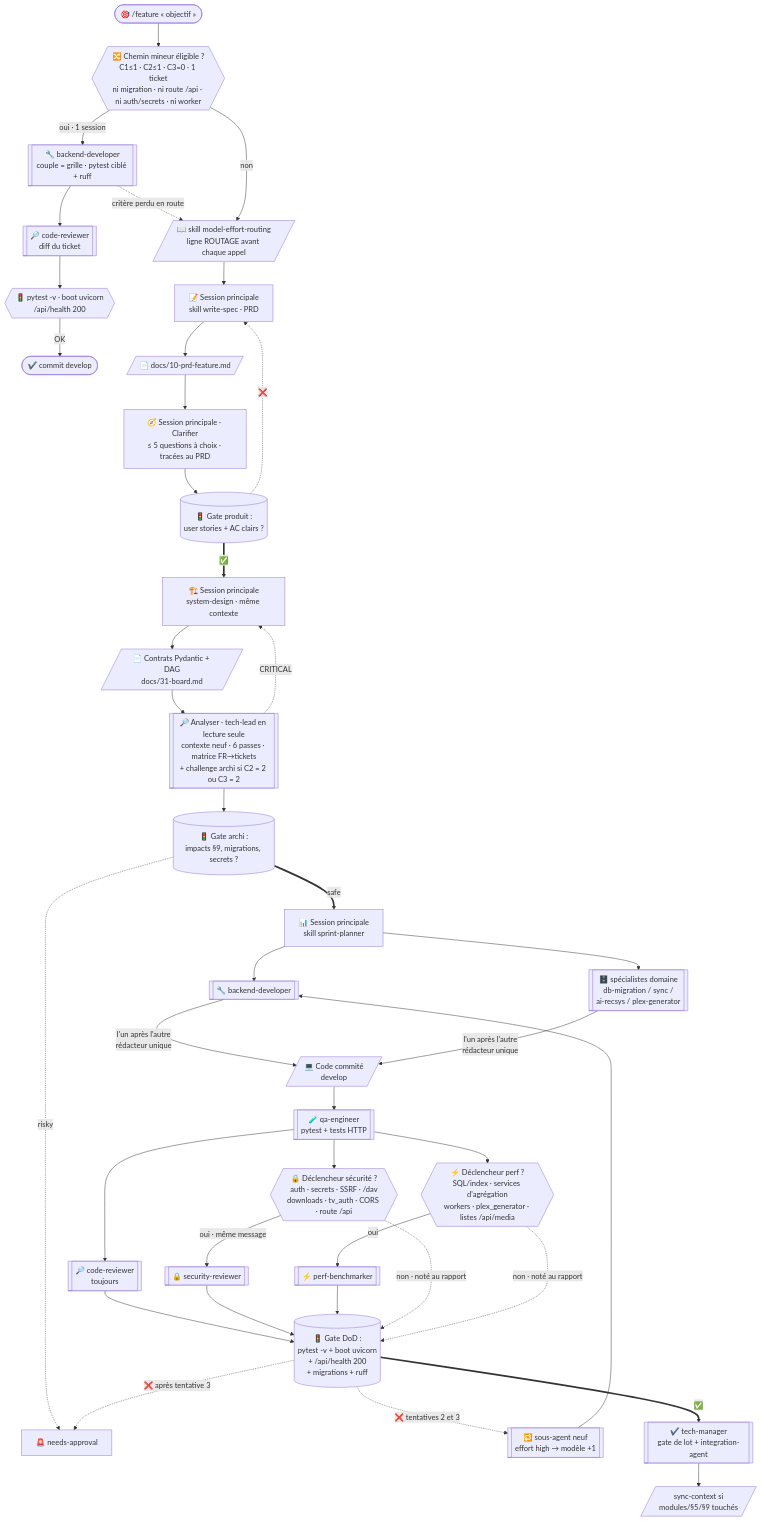
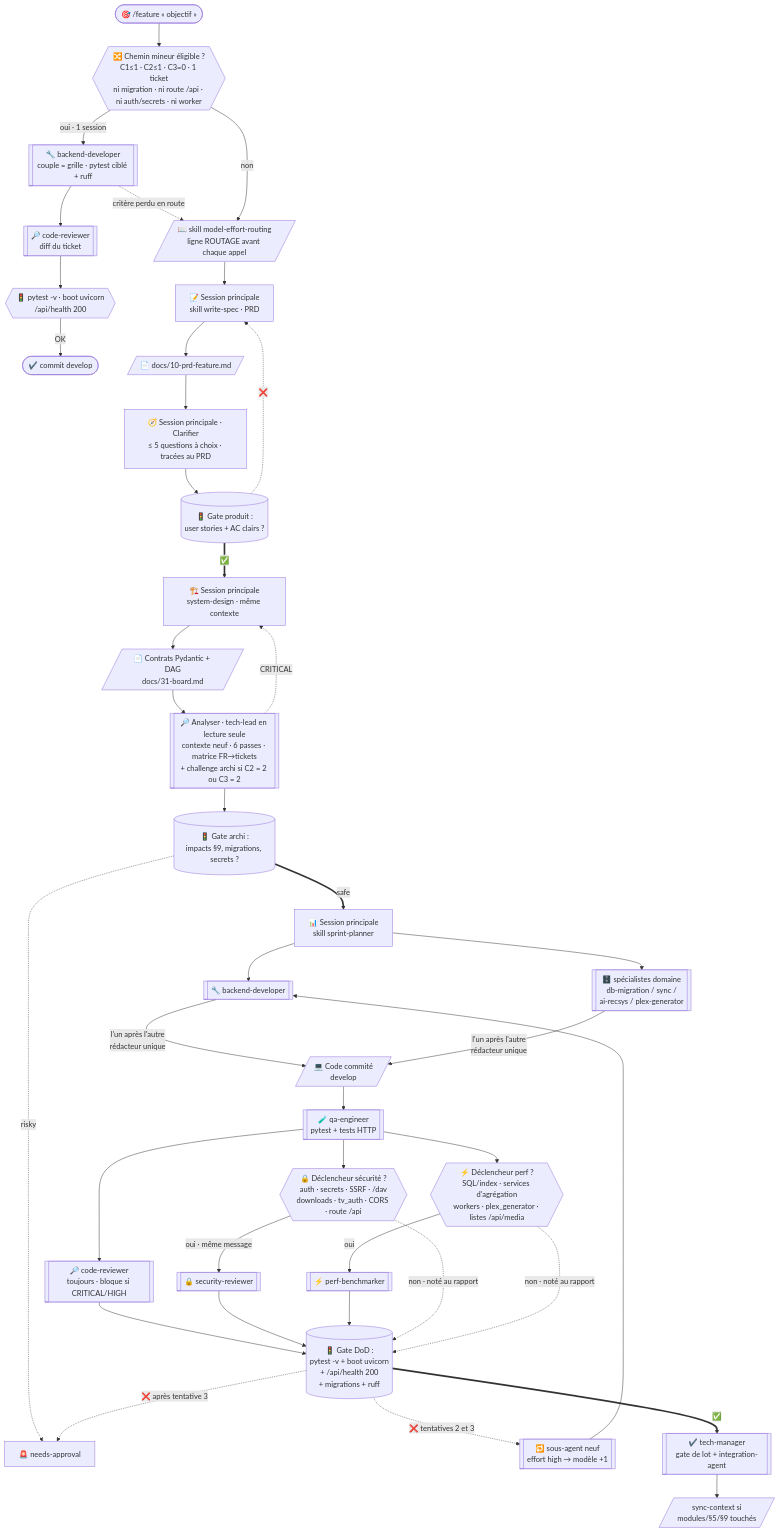
The sixth of 10 diagrams in .claude/WORKFLOWS-DIAGRAMS.md (ChakirHamzaChahid/Plexhub-Backend), drawn with Mermaid before and after one commit. The commit also changed other lines of this file, not shown here.

First line of the commit message:
docs(claude): diagrammes de workflow recalés sur les lots 1 à 5

````diff
--- a/.claude/WORKFLOWS-DIAGRAMS.md
+++ b/.claude/WORKFLOWS-DIAGRAMS.md
@@ -151,39 +156,39 @@
 ```mermaid
 flowchart TD
   T([🎯 /feature « objectif »]) --> TRI{{🔀 Chemin mineur éligible ?<br/>C1≤1 · C2≤1 · C3=0 · 1 ticket<br/>ni migration · ni route /api · ni auth/secrets · ni worker}}
   TRI -->|oui · 1 session| M1[[🔧 backend-developer<br/>couple = grille · pytest ciblé + ruff]]
   M1 --> M2[[🔎 code-reviewer<br/>diff du ticket]]
   M2 --> M3{{🚦 pytest -v · boot uvicorn<br/>/api/health 200}}
   M3 -->|OK| MC([✔️ commit develop])
   M1 -.->|critère perdu en route| SKILL
   TRI -->|non| SKILL[/📖 skill model-effort-routing<br/>ligne ROUTAGE avant chaque appel/]
   SKILL --> P1[📝 Session principale<br/>skill write-spec · PRD]
   P1 --> PRD[/📄 docs/10-prd-feature.md/]
   PRD --> CLR[🧭 Session principale · Clarifier<br/>≤ 5 questions à choix · tracées au PRD]
   CLR --> GATE1[(🚦 Gate produit :<br/>user stories + AC clairs ?)]
   GATE1 -.->|❌| P1
   GATE1 ==>|✅| P2[🏗️ Session principale<br/>system-design · même contexte]
   P2 --> ARCH[/📄 Contrats Pydantic + DAG<br/>docs/31-board.md/]
   ARCH --> ANA[[🔎 Analyser · tech-lead en lecture seule<br/>contexte neuf · 6 passes · matrice FR→tickets<br/>+ challenge archi si C2 = 2 ou C3 = 2]]
   ANA -.->|CRITICAL| P2
   ANA --> GATE2[(🚦 Gate archi :<br/>impacts §9, migrations, secrets ?)]
   GATE2 -.->|risky| HUM[🚨 needs-approval]
   GATE2 ==>|safe| PM[📊 Session principale<br/>skill sprint-planner]
   PM --> P3A[[🔧 backend-developer]]
   PM --> P3B[[🗄️ spécialistes domaine<br/>db-migration / sync /<br/>ai-recsys / plex-generator]]
   P3A & P3B -->|l'un après l'autre<br/>rédacteur unique| CODE[/💻 Code commité<br/>develop/]
   CODE --> P4[[🧪 qa-engineer<br/>pytest + tests HTTP]]
-  P4 --> P5A[[🔎 code-reviewer<br/>toujours]]
+  P4 --> P5A[[🔎 code-reviewer<br/>toujours · bloque si CRITICAL/HIGH]]
   P4 --> DSEC{{🔒 Déclencheur sécurité ?<br/>auth · secrets · SSRF · /dav<br/>downloads · tv_auth · CORS · route /api}}
   DSEC -->|oui · même message| P5B[[🔒 security-reviewer]]
   P4 --> DPERF{{⚡ Déclencheur perf ?<br/>SQL/index · services d'agrégation<br/>workers · plex_generator · listes /api/media}}
   DPERF -->|oui| P5C[[⚡ perf-benchmarker]]
   P5A & P5B & P5C --> GATE3[(🚦 Gate DoD :<br/>pytest -v + boot uvicorn<br/>+ /api/health 200<br/>+ migrations + ruff)]
   DSEC -.->|non · noté au rapport| GATE3
   DPERF -.->|non · noté au rapport| GATE3
   GATE3 -.->|❌ tentatives 2 et 3| ESC[[🔁 sous-agent neuf<br/>effort high → modèle +1]]
   ESC --> P3A
   GATE3 -.->|❌ après tentative 3| HUM
   GATE3 ==>|✅| MERGE[[✔️ tech-manager<br/>gate de lot + integration-agent]]
   MERGE --> SC[/sync-context si<br/>modules/§5/§9 touchés/]
 ```
````
